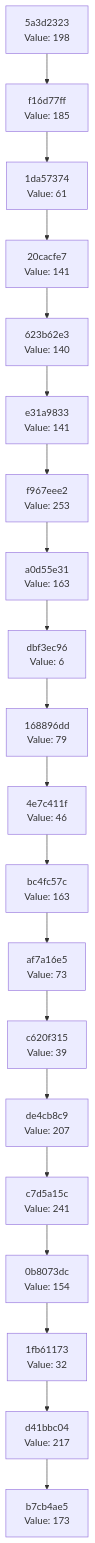
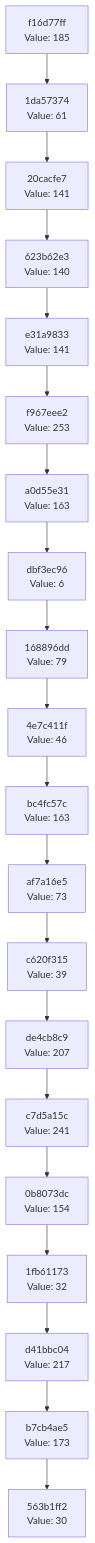
The diagram in docs/CHAIN_VISUALIZATION.md (Abhisheksinha1506/hash-chain-evolver), drawn with Mermaid before and after one commit. The commit also changed 3 other files, not shown here.

````diff
--- a/docs/CHAIN_VISUALIZATION.md
+++ b/docs/CHAIN_VISUALIZATION.md
@@ -3,42 +3,42 @@
 ```mermaid
 graph TD
-    C0["b7cb4ae5<br/>Value: 173"]
-    C1["d41bbc04<br/>Value: 217"]
+    C0["563b1ff2<br/>Value: 30"]
+    C1["b7cb4ae5<br/>Value: 173"]
     C1 --> C0
-    C2["1fb61173<br/>Value: 32"]
+    C2["d41bbc04<br/>Value: 217"]
     C2 --> C1
-    C3["0b8073dc<br/>Value: 154"]
+    C3["1fb61173<br/>Value: 32"]
     C3 --> C2
-    C4["c7d5a15c<br/>Value: 241"]
+    C4["0b8073dc<br/>Value: 154"]
     C4 --> C3
-    C5["de4cb8c9<br/>Value: 207"]
+    C5["c7d5a15c<br/>Value: 241"]
     C5 --> C4
-    C6["c620f315<br/>Value: 39"]
+    C6["de4cb8c9<br/>Value: 207"]
     C6 --> C5
-    C7["af7a16e5<br/>Value: 73"]
+    C7["c620f315<br/>Value: 39"]
     C7 --> C6
-    C8["bc4fc57c<br/>Value: 163"]
+    C8["af7a16e5<br/>Value: 73"]
     C8 --> C7
-    C9["4e7c411f<br/>Value: 46"]
+    C9["bc4fc57c<br/>Value: 163"]
     C9 --> C8
-    C10["168896dd<br/>Value: 79"]
+    C10["4e7c411f<br/>Value: 46"]
     C10 --> C9
-    C11["dbf3ec96<br/>Value: 6"]
+    C11["168896dd<br/>Value: 79"]
     C11 --> C10
-    C12["a0d55e31<br/>Value: 163"]
+    C12["dbf3ec96<br/>Value: 6"]
     C12 --> C11
-    C13["f967eee2<br/>Value: 253"]
+    C13["a0d55e31<br/>Value: 163"]
     C13 --> C12
-    C14["e31a9833<br/>Value: 141"]
+    C14["f967eee2<br/>Value: 253"]
     C14 --> C13
-    C15["623b62e3<br/>Value: 140"]
+    C15["e31a9833<br/>Value: 141"]
     C15 --> C14
-    C16["20cacfe7<br/>Value: 141"]
+    C16["623b62e3<br/>Value: 140"]
     C16 --> C15
-    C17["1da57374<br/>Value: 61"]
+    C17["20cacfe7<br/>Value: 141"]
     C17 --> C16
-    C18["f16d77ff<br/>Value: 185"]
+    C18["1da57374<br/>Value: 61"]
     C18 --> C17
-    C19["5a3d2323<br/>Value: 198"]
+    C19["f16d77ff<br/>Value: 185"]
     C19 --> C18
 ```
````
